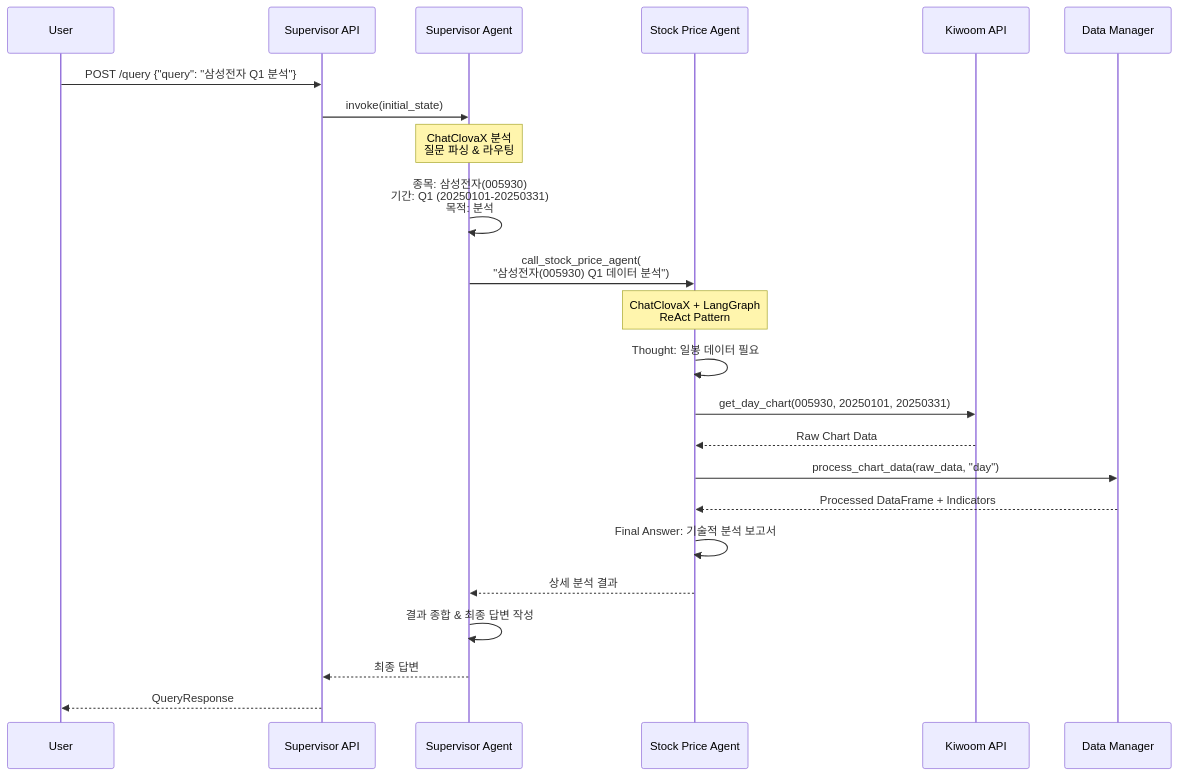
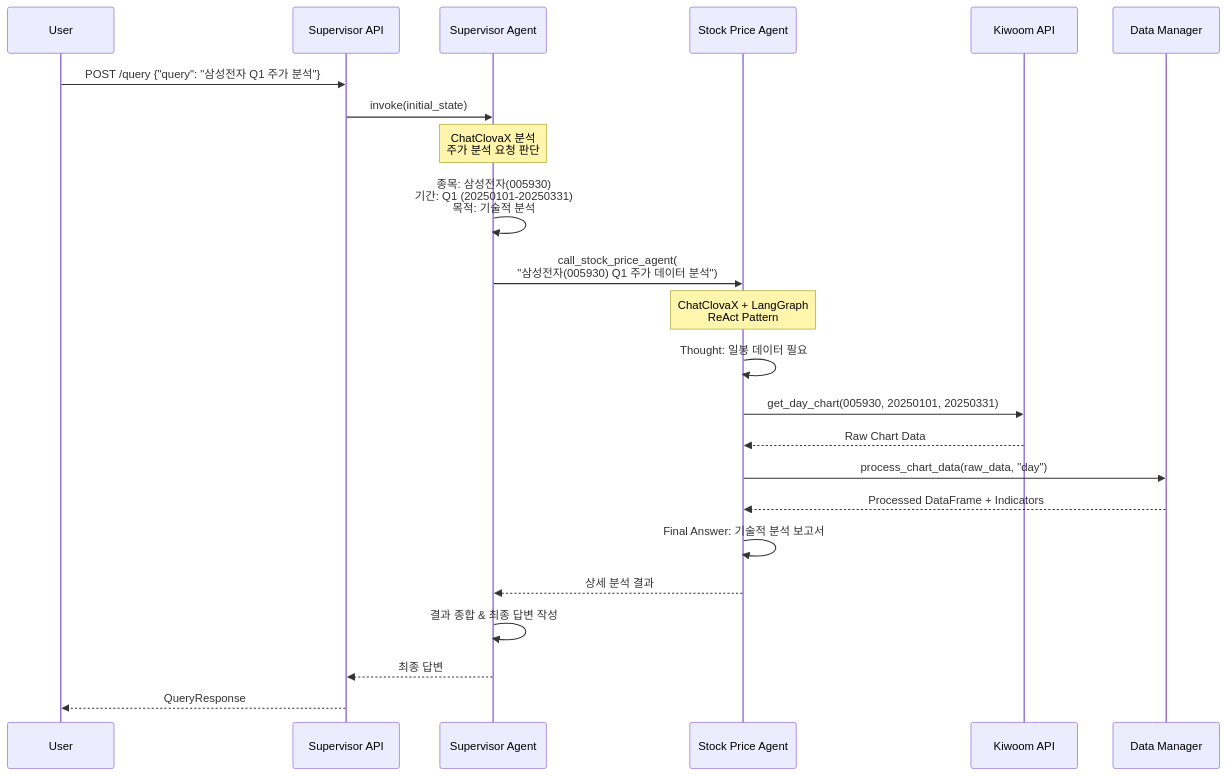
One commit to yuujinnn/Stockreport-reader changed the third of 21 diagrams in backend/MULTI_AGENT_SYSTEM_DOCUMENTATION.md. Above: the diagram before and after it, drawn with Mermaid. The commit also changed other lines of this file and 5 other files, not shown here.

````diff
--- a/backend/MULTI_AGENT_SYSTEM_DOCUMENTATION.md
+++ b/backend/MULTI_AGENT_SYSTEM_DOCUMENTATION.md
@@ -138,34 +184,34 @@
 ```mermaid
 sequenceDiagram
     participant User
     participant API as Supervisor API
     participant Supervisor as Supervisor Agent
     participant StockAgent as Stock Price Agent
     participant Kiwoom as Kiwoom API
     participant DataMgr as Data Manager
     
-    User->>API: POST /query {"query": "삼성전자 Q1 분석"}
+    User->>API: POST /query {"query": "삼성전자 Q1 주가 분석"}
     API->>Supervisor: invoke(initial_state)
     
-    Note over Supervisor: ChatClovaX 분석<br/>질문 파싱 & 라우팅
+    Note over Supervisor: ChatClovaX 분석<br/>주가 분석 요청 판단
     
-    Supervisor->>Supervisor: 종목: 삼성전자(005930)<br/>기간: Q1 (20250101-20250331)<br/>목적: 분석
+    Supervisor->>Supervisor: 종목: 삼성전자(005930)<br/>기간: Q1 (20250101-20250331)<br/>목적: 기술적 분석
     
-    Supervisor->>StockAgent: call_stock_price_agent(<br/>"삼성전자(005930) Q1 데이터 분석")
+    Supervisor->>StockAgent: call_stock_price_agent(<br/>"삼성전자(005930) Q1 주가 데이터 분석")
     
     Note over StockAgent: ChatClovaX + LangGraph<br/>ReAct Pattern
     
     StockAgent->>StockAgent: Thought: 일봉 데이터 필요
     StockAgent->>Kiwoom: get_day_chart(005930, 20250101, 20250331)
     Kiwoom-->>StockAgent: Raw Chart Data
     
     StockAgent->>DataMgr: process_chart_data(raw_data, "day")
     DataMgr-->>StockAgent: Processed DataFrame + Indicators
     
     StockAgent->>StockAgent: Final Answer: 기술적 분석 보고서
     StockAgent-->>Supervisor: 상세 분석 결과
     
     Supervisor->>Supervisor: 결과 종합 & 최종 답변 작성
     Supervisor-->>API: 최종 답변
     API-->>User: QueryResponse
 ```
````
